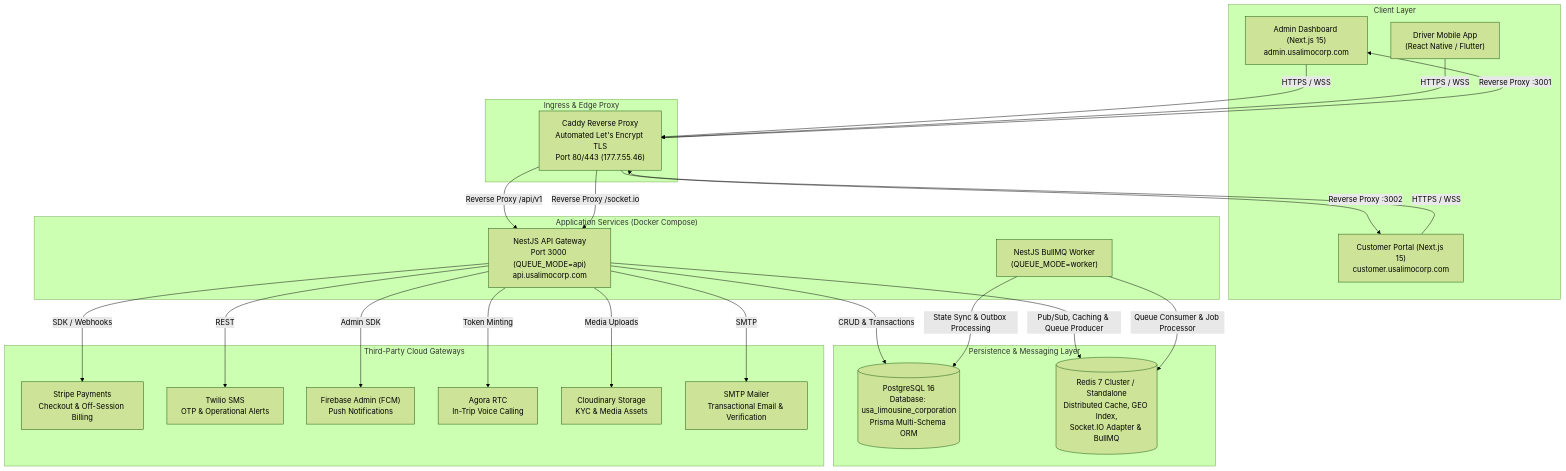
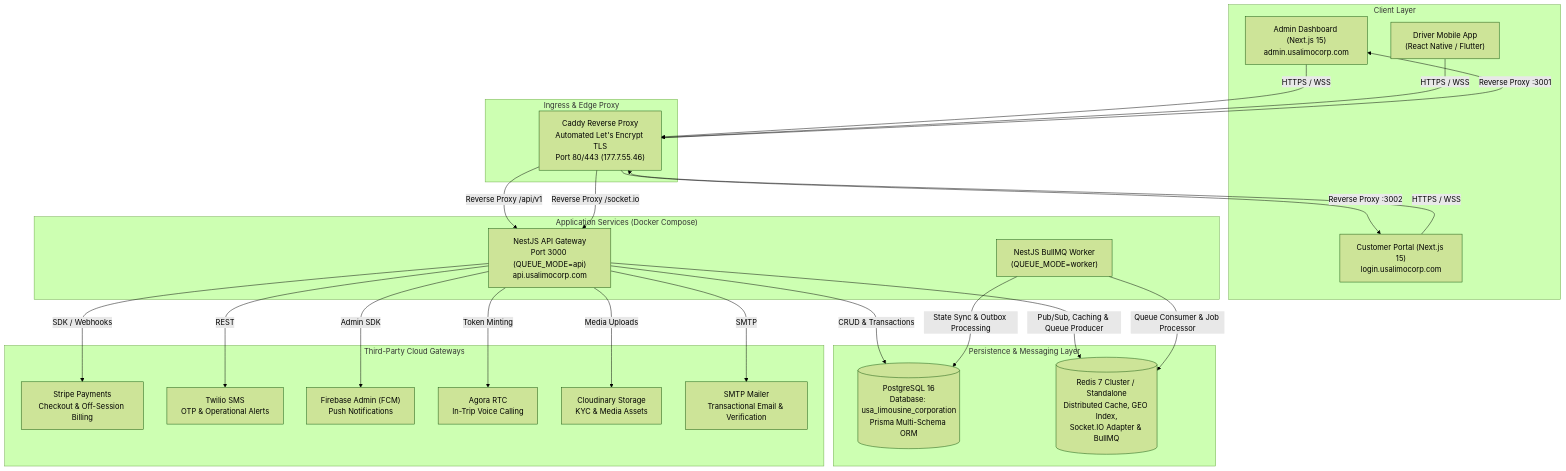
Before and after one commit to bariq49/usa-limousine-corporation: the first of 2 diagrams in docs/architecture/system-overview.md, drawn with Mermaid (forest theme). The commit also changed 86 other files, not shown here.

First line of the commit message:
fix: update customer portal URL references and enhance profile forms

````diff
--- a/docs/architecture/system-overview.md
+++ b/docs/architecture/system-overview.md
@@ -9,52 +9,52 @@
 ```mermaid
 graph TD
     subgraph Clients["Client Layer"]
         AdminWeb["Admin Dashboard (Next.js 15)<br/>admin.usalimocorp.com"]
-        CustomerWeb["Customer Portal (Next.js 15)<br/>customer.usalimocorp.com"]
+        CustomerWeb["Customer Portal (Next.js 15)<br/>login.usalimocorp.com"]
         MobileDriver["Driver Mobile App<br/>(React Native / Flutter)"]
     end
 
     subgraph Ingress["Ingress & Edge Proxy"]
         Caddy["Caddy Reverse Proxy<br/>Automated Let's Encrypt TLS<br/>Port 80/443 (177.7.55.46)"]
     end
 
     subgraph ApplicationLayer["Application Services (Docker Compose)"]
         NestAPI["NestJS API Gateway<br/>Port 3000 (QUEUE_MODE=api)<br/>api.usalimocorp.com"]
         NestWorker["NestJS BullMQ Worker<br/>(QUEUE_MODE=worker)"]
     end
 
     subgraph DataStore["Persistence & Messaging Layer"]
         Postgres[("PostgreSQL 16<br/>Database: usa_limousine_corporation<br/>Prisma Multi-Schema ORM")]
         Redis[("Redis 7 Cluster / Standalone<br/>Distributed Cache, GEO Index,<br/>Socket.IO Adapter & BullMQ")]
     end
 
     subgraph ExternalIntegrations["Third-Party Cloud Gateways"]
         Stripe["Stripe Payments<br/>Checkout & Off-Session Billing"]
         Twilio["Twilio SMS<br/>OTP & Operational Alerts"]
         Firebase["Firebase Admin (FCM)<br/>Push Notifications"]
         Agora["Agora RTC<br/>In-Trip Voice Calling"]
         Cloudinary["Cloudinary Storage<br/>KYC & Media Assets"]
         SMTP["SMTP Mailer<br/>Transactional Email & Verification"]
     end
 
     AdminWeb -->|HTTPS / WSS| Caddy
     CustomerWeb -->|HTTPS / WSS| Caddy
     MobileDriver -->|HTTPS / WSS| Caddy
 
     Caddy -->|Reverse Proxy /api/v1| NestAPI
     Caddy -->|Reverse Proxy /socket.io| NestAPI
     Caddy -->|Reverse Proxy :3001| AdminWeb
     Caddy -->|Reverse Proxy :3002| CustomerWeb
 
     NestAPI -->|CRUD & Transactions| Postgres
     NestAPI -->|Pub/Sub, Caching & Queue Producer| Redis
     NestWorker -->|Queue Consumer & Job Processor| Redis
     NestWorker -->|State Sync & Outbox Processing| Postgres
 
     NestAPI -->|SDK / Webhooks| Stripe
     NestAPI -->|REST| Twilio
     NestAPI -->|Admin SDK| Firebase
     NestAPI -->|Token Minting| Agora
     NestAPI -->|Media Uploads| Cloudinary
     NestAPI -->|SMTP| SMTP
 ```
````
